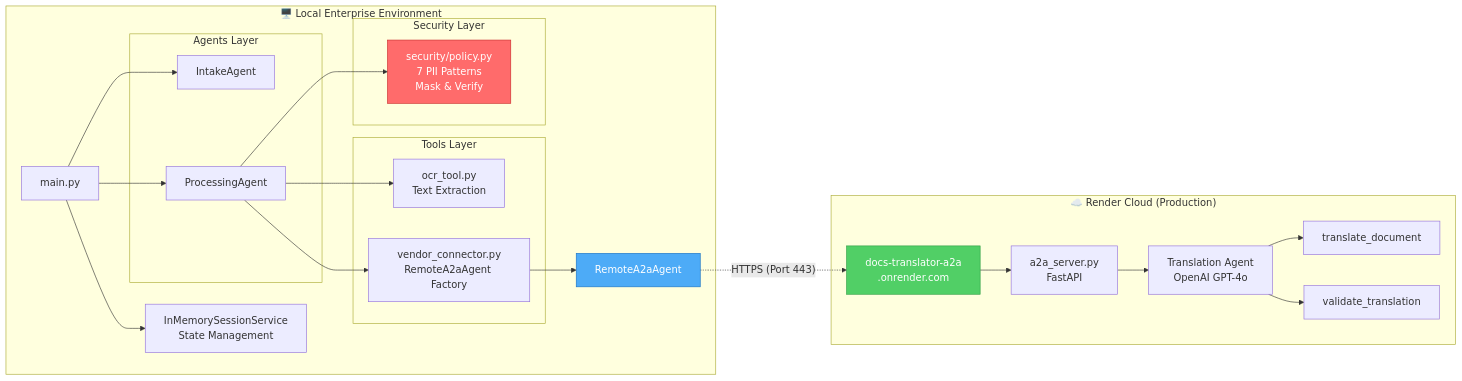
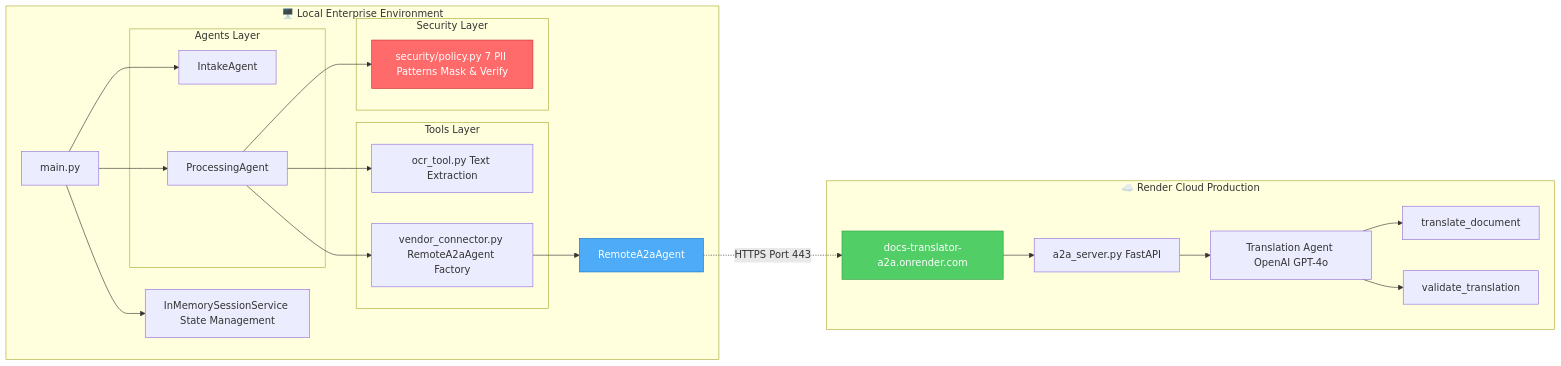
One commit to ortall0201/enterprise-gov-docs-a2a-capstone changed the third of 4 diagrams in README.md. Above: the diagram before and after it, drawn with Mermaid. The commit also changed other lines of this file, not shown here.

First line of the commit message:
fix: Fix Mermaid diagram rendering and add PII Masking Architecture

````diff
--- a/README.md
+++ b/README.md
@@ -122,40 +124,40 @@
 ```mermaid
 graph LR
-    subgraph "🖥️ Local Enterprise Environment"
-        Main[main.py] --> Session[InMemorySessionService<br/>State Management]
+    subgraph Local["🖥️ Local Enterprise Environment"]
+        Main[main.py] --> Session[InMemorySessionService State Management]
         Main --> IA[IntakeAgent]
         Main --> PA[ProcessingAgent]
 
-        subgraph "Agents Layer"
+        subgraph Agents["Agents Layer"]
             IA
             PA
         end
 
-        subgraph "Tools Layer"
-            OCR[ocr_tool.py<br/>Text Extraction]
-            VC[vendor_connector.py<br/>RemoteA2aAgent Factory]
+        subgraph Tools["Tools Layer"]
+            OCR[ocr_tool.py Text Extraction]
+            VC[vendor_connector.py RemoteA2aAgent Factory]
         end
 
-        subgraph "Security Layer"
-            SEC[security/policy.py<br/>7 PII Patterns<br/>Mask & Verify]
+        subgraph Security["Security Layer"]
+            SEC[security/policy.py 7 PII Patterns Mask & Verify]
         end
 
         PA --> OCR
         PA --> SEC
         PA --> VC
         VC --> RMA[RemoteA2aAgent]
     end
 
-    RMA -.->|"HTTPS (Port 443)"| Cloud
+    RMA -.->|HTTPS Port 443| Cloud
 
-    subgraph "☁️ Render Cloud (Production)"
-        Cloud[docs-translator-a2a<br/>.onrender.com] --> Server[a2a_server.py<br/>FastAPI]
-        Server --> Agent[Translation Agent<br/>OpenAI GPT-4o]
+    subgraph Render["☁️ Render Cloud Production"]
+        Cloud[docs-translator-a2a.onrender.com] --> Server[a2a_server.py FastAPI]
+        Server --> Agent[Translation Agent OpenAI GPT-4o]
         Agent --> T1[translate_document]
         Agent --> T2[validate_translation]
     end
 
     style RMA fill:#4dabf7,stroke:#1971c2,color:#fff
     style Cloud fill:#51cf66,stroke:#2f9e44,color:#fff
     style SEC fill:#ff6b6b,stroke:#c92a2a,color:#fff
 ```
````
